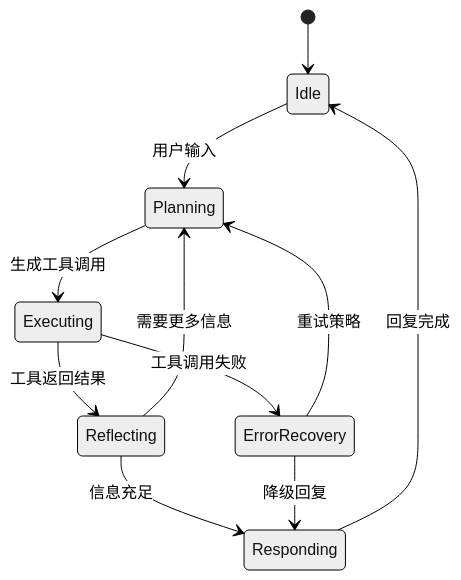
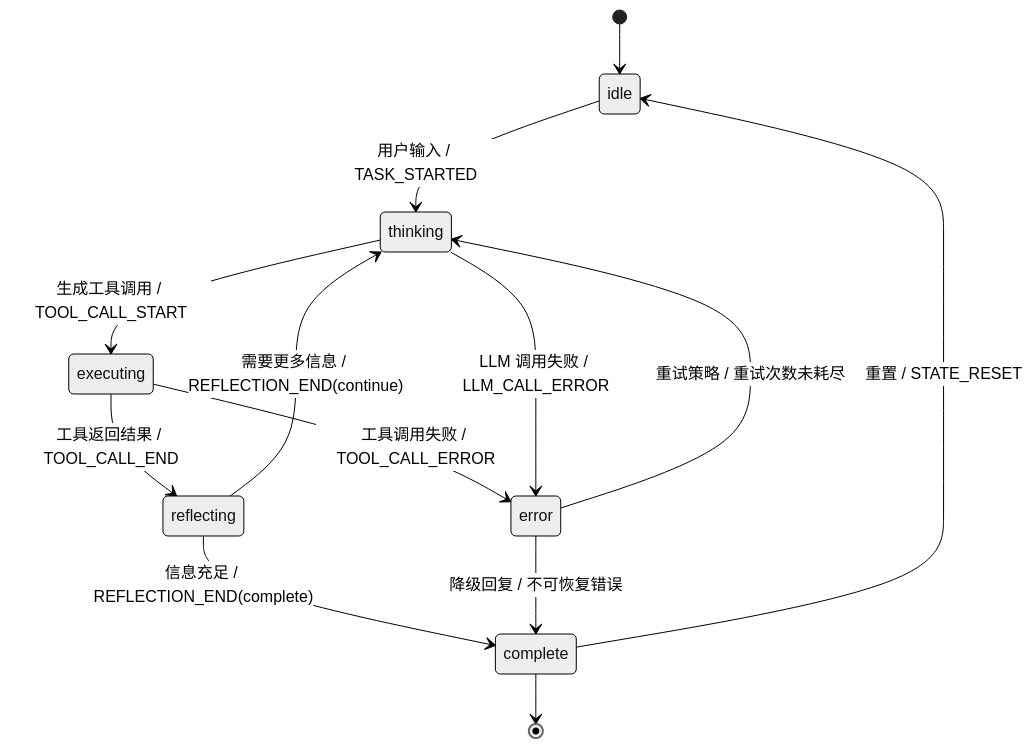
Before and after one commit to xiaoxiath/ai-agent-engineering: the second of 8 diagrams in chapters/part-02-core-architecture/ch04-state-management.md, drawn with Mermaid (neutral theme). The commit also changed other lines of this file and 6 other files, not shown here.

````diff
--- a/chapters/part-02-core-architecture/ch04-state-management.md
+++ b/chapters/part-02-core-architecture/ch04-state-management.md
@@ -10,13 +79,15 @@
 ```mermaid
 stateDiagram-v2
-    [*] --> Idle
-    Idle --> Planning : 用户输入
-    Planning --> Executing : 生成工具调用
-    Executing --> Reflecting : 工具返回结果
-    Reflecting --> Planning : 需要更多信息
-    Reflecting --> Responding : 信息充足
-    Responding --> Idle : 回复完成
-    Executing --> ErrorRecovery : 工具调用失败
-    ErrorRecovery --> Planning : 重试策略
-    ErrorRecovery --> Responding : 降级回复
+    [*] --> idle
+    idle --> thinking : 用户输入 / TASK_STARTED
+    thinking --> executing : 生成工具调用 / TOOL_CALL_START
+    executing --> reflecting : 工具返回结果 / TOOL_CALL_END
+    reflecting --> thinking : 需要更多信息 / REFLECTION_END(continue)
+    reflecting --> complete : 信息充足 / REFLECTION_END(complete)
+    executing --> error : 工具调用失败 / TOOL_CALL_ERROR
+    thinking --> error : LLM 调用失败 / LLM_CALL_ERROR
+    error --> thinking : 重试策略 / 重试次数未耗尽
+    error --> complete : 降级回复 / 不可恢复错误
+    complete --> idle : 重置 / STATE_RESET
+    complete --> [*]
 ```
````
